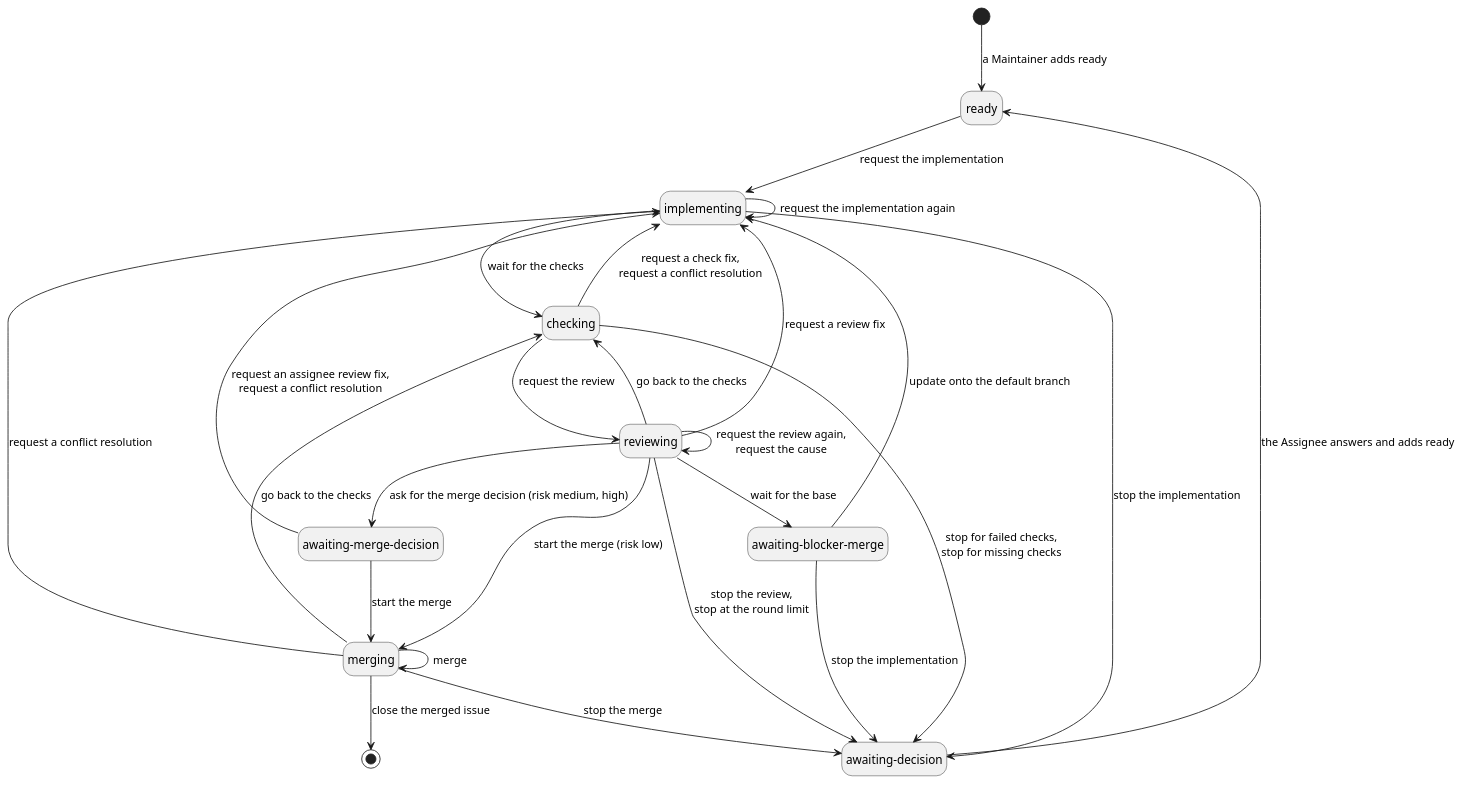
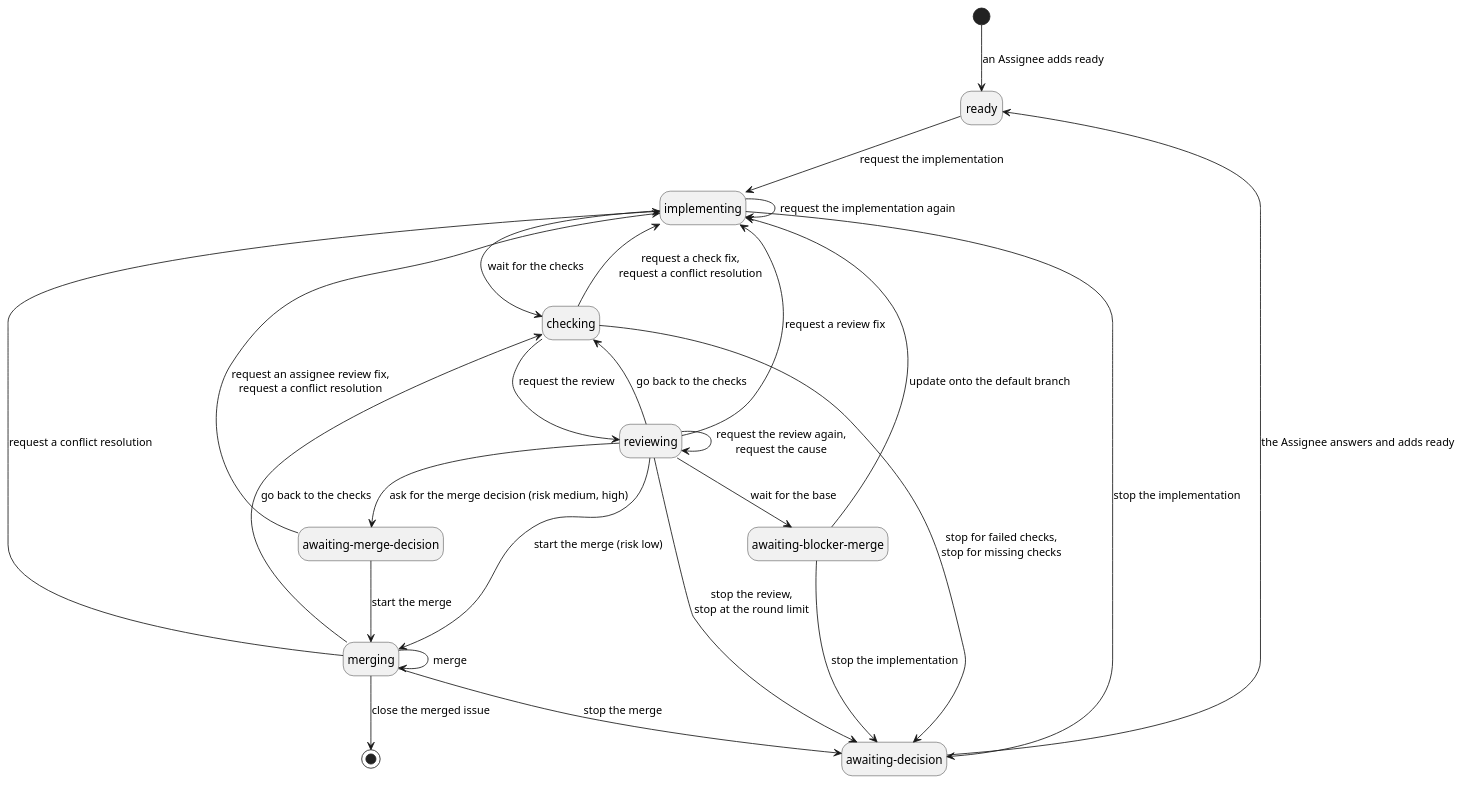
Before and after one commit to cloveclovedev/cumin-works: the diagram in docs/ja/requirements/implementation-issue-states.puml, drawn with PlantUML. The commit also changed 6 other files, not shown here.

First line of the commit message:
docs(requirements): let only an Assignee start an implementation with ready

```diff
--- a/docs/ja/requirements/implementation-issue-states.puml
+++ b/docs/ja/requirements/implementation-issue-states.puml
@@ -1,45 +1,45 @@
 @startuml implementation-issue-states
 ' cumin-works - the states of an implementation issue, with the action names only.
 ' Each category page holds the guards and what cumin does
 ' (implementation, checks, review, merge).
 ' A state is a label on GitHub, written without "cumin/status/".
 ' Render: run scripts/render-diagrams.sh at the root of the repository.
 
 hide empty description
 
 state "ready" as Ready
 state "implementing" as Implementing
 state "checking" as Checking
 state "reviewing" as Reviewing
 state "awaiting-merge-decision" as MergeDecision
 state "awaiting-blocker-merge" as AwaitingBase
 state "merging" as Merging
 state "awaiting-decision" as Decision
 
-[*] --> Ready : a Maintainer adds ready
+[*] --> Ready : an Assignee adds ready
 Ready --> Implementing : request the implementation
 Implementing --> Implementing : request the implementation again
 Implementing --> Checking : wait for the checks
 Implementing --> Decision : stop the implementation
 Checking --> Implementing : request a check fix,\nrequest a conflict resolution
 Checking --> Decision : stop for failed checks,\nstop for missing checks
 Checking --> Reviewing : request the review
 Reviewing --> Reviewing : request the review again,\nrequest the cause
 Reviewing --> Implementing : request a review fix
 Reviewing --> Checking : go back to the checks
 Reviewing --> Decision : stop the review,\nstop at the round limit
 Reviewing --> Merging : start the merge (risk low)
 Reviewing --> MergeDecision : ask for the merge decision (risk medium, high)
 Reviewing --> AwaitingBase : wait for the base
 MergeDecision --> Merging : start the merge
 MergeDecision --> Implementing : request an assignee review fix,\nrequest a conflict resolution
 AwaitingBase --> Implementing : update onto the default branch
 AwaitingBase --> Decision : stop the implementation
 Merging --> Merging : merge
 Merging --> Checking : go back to the checks
 Merging --> Implementing : request a conflict resolution
 Merging --> Decision : stop the merge
 Merging --> [*] : close the merged issue
 Decision --> Ready : the Assignee answers and adds ready
 
 @enduml
```
